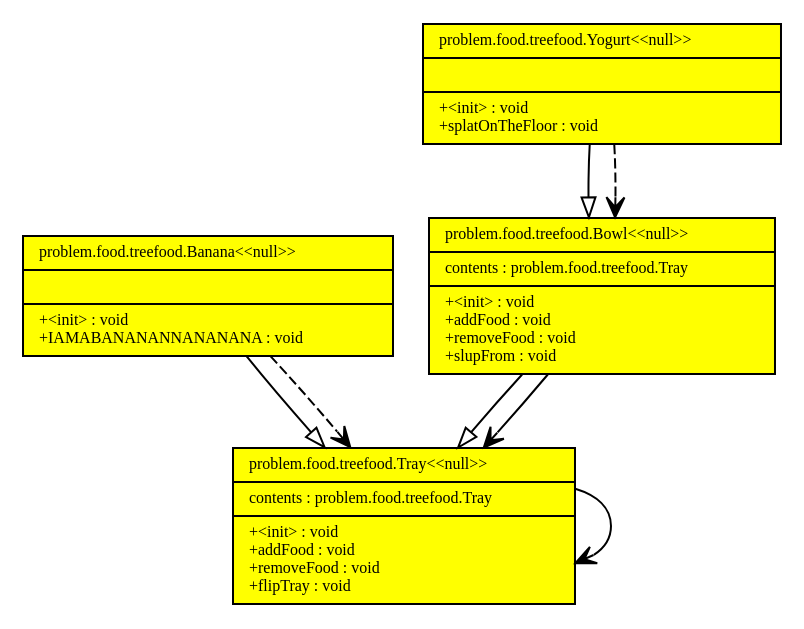
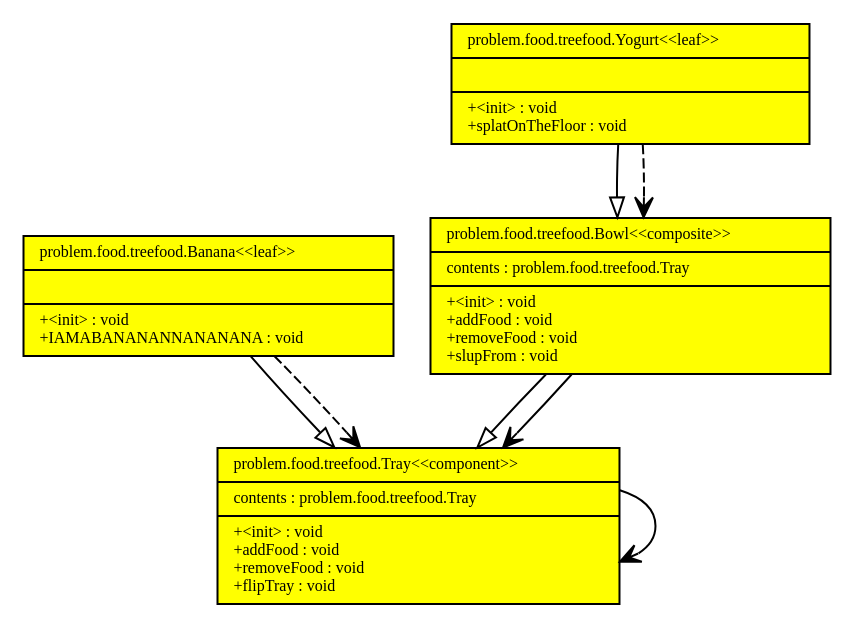
Before and after one commit to schnip/BluePizzaDiagrams: the diagram in dot/out.dot, drawn with Graphviz. The commit also changed 2 other files, not shown here.

Commit message:
fixed composite finder

```diff
--- a/dot/out.dot
+++ b/dot/out.dot
@@ -1,51 +1,51 @@
 digraph G {
 fontname = "Bitstream Vera Sans"
 fontsize = 8
 node [
 fontname = "Bitstream Vera Sans"
 fontsize = 8
 shape = "record"
 ]
 edge [
 fontname = "Bitstream Vera Sans"
 fontsize = 8
 ]
-problemfoodtreefoodTray [
-fillcolor=yellow, style=filled,
-label = "{problem.food.treefood.Tray
-\<\<null\>\>\l|contents : problem.food.treefood.Tray\l|+\<init\> : void\l+addFood : void\l+removeFood : void\l+flipTray : void\l}"
-]
 problemfoodtreefoodBanana [
 fillcolor=yellow, style=filled,
 label = "{problem.food.treefood.Banana
-\<\<null\>\>\l||+\<init\> : void\l+IAMABANANANNANANANA : void\l}"
+\<\<leaf\>\>\l||+\<init\> : void\l+IAMABANANANNANANANA : void\l}"
 ]
 problemfoodtreefoodBowl [
 fillcolor=yellow, style=filled,
 label = "{problem.food.treefood.Bowl
-\<\<null\>\>\l|contents : problem.food.treefood.Tray\l|+\<init\> : void\l+addFood : void\l+removeFood : void\l+slupFrom : void\l}"
+\<\<composite\>\>\l|contents : problem.food.treefood.Tray\l|+\<init\> : void\l+addFood : void\l+removeFood : void\l+slupFrom : void\l}"
+]
+problemfoodtreefoodTray [
+fillcolor=yellow, style=filled,
+label = "{problem.food.treefood.Tray
+\<\<component\>\>\l|contents : problem.food.treefood.Tray\l|+\<init\> : void\l+addFood : void\l+removeFood : void\l+flipTray : void\l}"
 ]
 problemfoodtreefoodYogurt [
 fillcolor=yellow, style=filled,
 label = "{problem.food.treefood.Yogurt
-\<\<null\>\>\l||+\<init\> : void\l+splatOnTheFloor : void\l}"
+\<\<leaf\>\>\l||+\<init\> : void\l+splatOnTheFloor : void\l}"
 ]
+edge [ arrowhead = "empty", style = "none"  ]
+problemfoodtreefoodBanana -> problemfoodtreefoodTray
 edge [ arrowhead = "empty", style = "none"  ]
 problemfoodtreefoodBowl -> problemfoodtreefoodTray
 edge [ arrowhead = "empty", style = "none"  ]
 problemfoodtreefoodYogurt -> problemfoodtreefoodBowl
-edge [ arrowhead = "empty", style = "none"  ]
+edge [ arrowhead = "vee", style = "dashed" 
+ ]
 problemfoodtreefoodBanana -> problemfoodtreefoodTray
 edge [ arrowhead = "vee", style = "dashed" 
  ]
 problemfoodtreefoodYogurt -> problemfoodtreefoodBowl
-edge [ arrowhead = "vee", style = "dashed" 
+edge [ arrowhead = "vee", style = "none" 
  ]
-problemfoodtreefoodBanana -> problemfoodtreefoodTray
+problemfoodtreefoodTray -> problemfoodtreefoodTray
 edge [ arrowhead = "vee", style = "none" 
  ]
 problemfoodtreefoodBowl -> problemfoodtreefoodTray
-edge [ arrowhead = "vee", style = "none" 
- ]
-problemfoodtreefoodTray -> problemfoodtreefoodTray
 }
```
